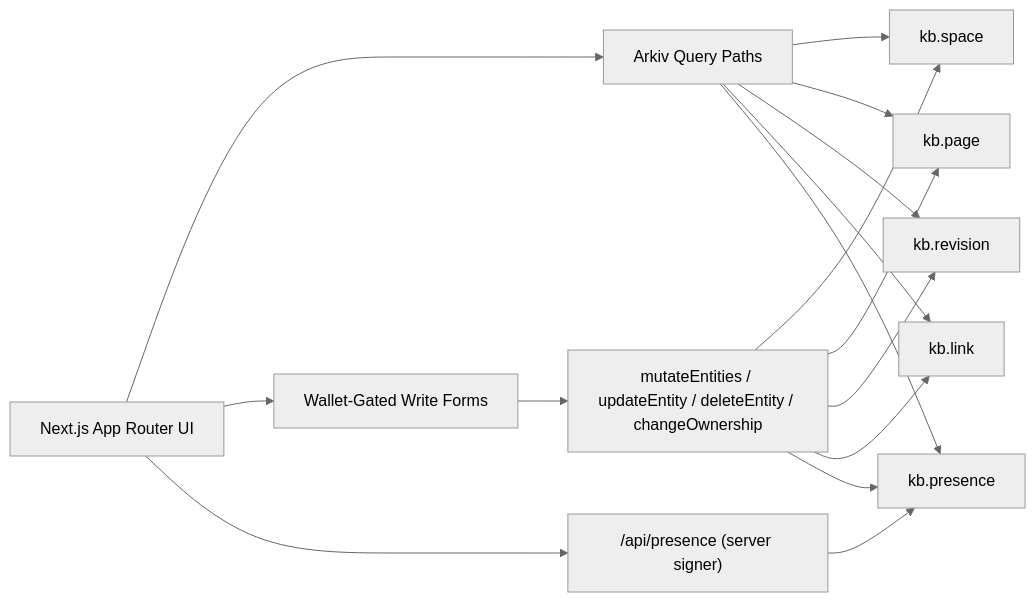
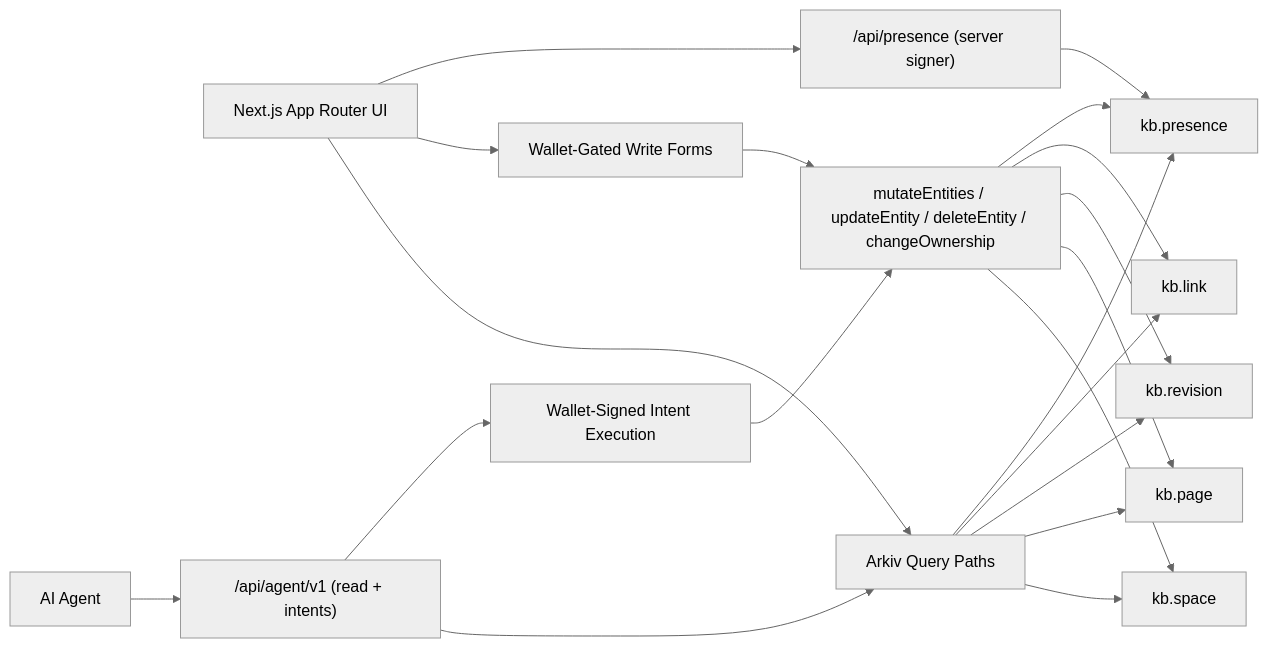
The diagram in README.md (TomasCImach/arkiv-knowledge), drawn with Mermaid (neutral theme) before and after one commit. The commit also changed other lines of this file and 54 other files, not shown here.

Commit message:
Add agent skill and REST API

````diff
--- a/README.md
+++ b/README.md
@@ -26,18 +26,22 @@
 ```mermaid
 flowchart LR
   UI["Next.js App Router UI"] --> Q["Arkiv Query Paths"]
   UI --> W["Wallet-Gated Write Forms"]
   UI --> PAPI["/api/presence (server signer)"]
+  AGENT["AI Agent"] --> AAPI["/api/agent/v1 (read + intents)"]
+  AAPI --> Q
+  AAPI --> IEXEC["Wallet-Signed Intent Execution"]
   Q --> S["kb.space"]
   Q --> P["kb.page"]
   Q --> R["kb.revision"]
   Q --> L["kb.link"]
   Q --> PR["kb.presence"]
   W --> M["mutateEntities / updateEntity / deleteEntity / changeOwnership"]
+  IEXEC --> M
   PAPI --> PR
   M --> S
   M --> P
   M --> R
   M --> L
   M --> PR
 ```
````
